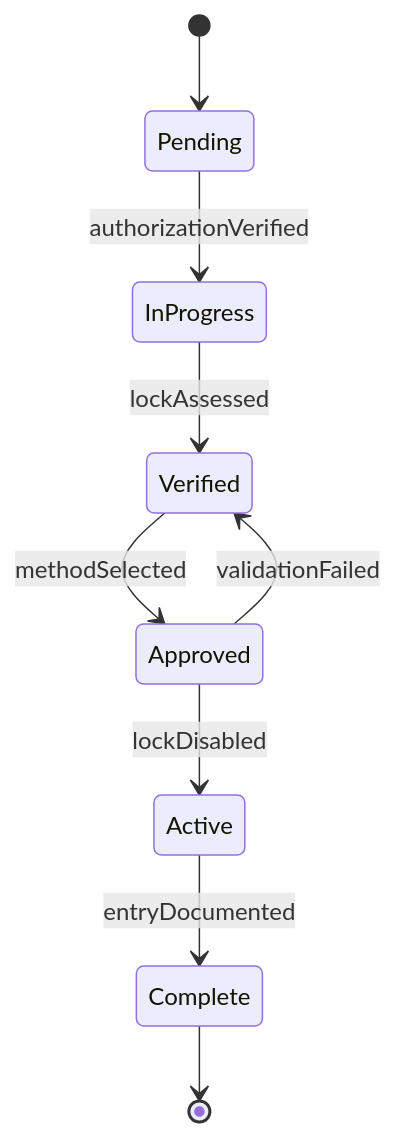
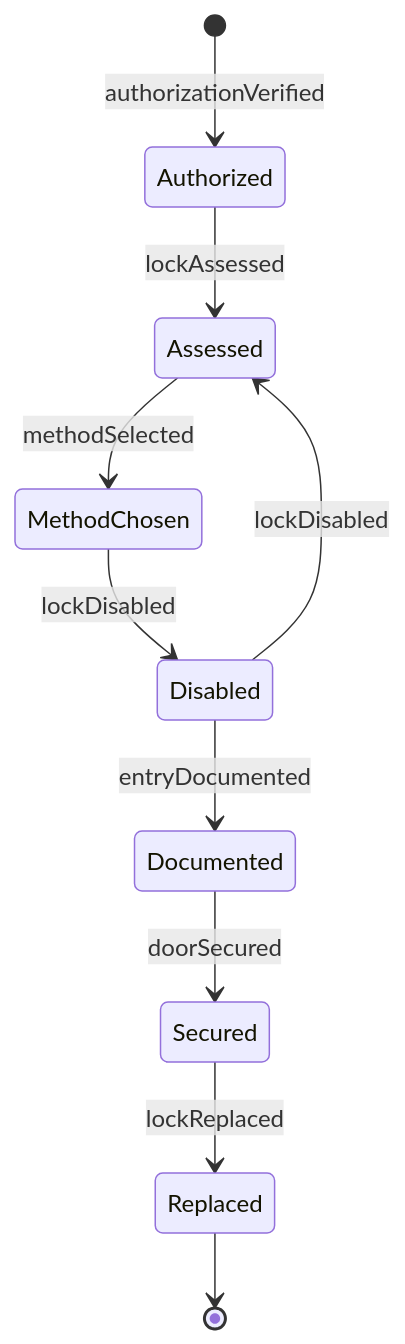
One commit to dot-org-ai/tasks.org.ai changed the second of 4 diagrams in HandlingAndMovingObjects/DisassembleEquipment/DisableDoorLocks.mdx. Above: the diagram before and after it, drawn with Mermaid. The commit also changed other lines of this file and 515 other files, not shown here.

````diff
--- a/HandlingAndMovingObjects/DisassembleEquipment/DisableDoorLocks.mdx
+++ b/HandlingAndMovingObjects/DisassembleEquipment/DisableDoorLocks.mdx
@@ -100,11 +101,12 @@
 ```mermaid
 stateDiagram-v2
-    [*] --> Pending
-    Pending --> InProgress : authorizationVerified
-    InProgress --> Verified : lockAssessed
-    Verified --> Approved : methodSelected
-    Approved --> Active : lockDisabled
-    Active --> Complete : entryDocumented
-    Approved --> Verified : validationFailed
-    Complete --> [*]
+    [*] --> Authorized : authorizationVerified
+    Authorized --> Assessed : lockAssessed
+    Assessed --> MethodChosen : methodSelected
+    MethodChosen --> Disabled : lockDisabled
+    Disabled --> Documented : entryDocumented
+    Documented --> Secured : doorSecured
+    Secured --> Replaced : lockReplaced
+    Disabled --> Assessed : lockDisabled
+    Replaced --> [*]
 ```
````
